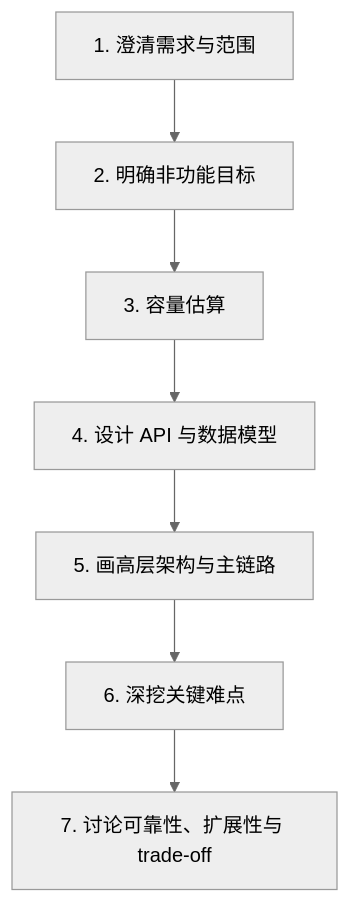
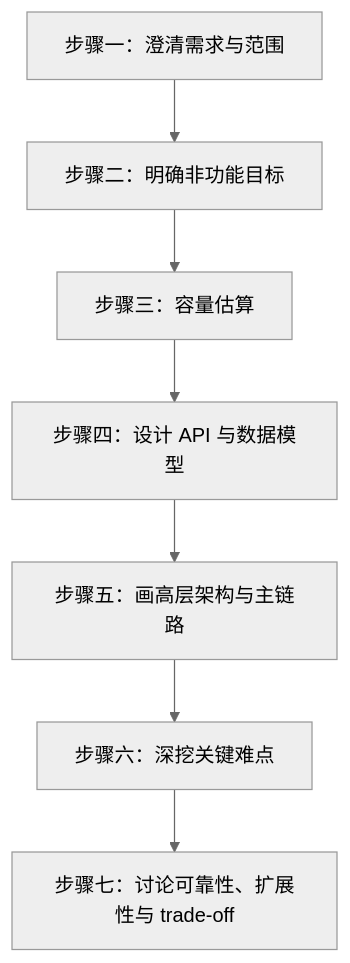
Before and after one commit to qxq1997/learning_stuff: the first of 2 diagrams in 系统设计/01_系统设计面试全景与答题框架.md, drawn with Mermaid (neutral theme). The commit also changed other lines of this file and 37 other files, not shown here.

````diff
--- a/系统设计/01_系统设计面试全景与答题框架.md
+++ b/系统设计/01_系统设计面试全景与答题框架.md
@@ -53,9 +53,9 @@
 ```mermaid
 flowchart TD
-    A["1. 澄清需求与范围"] --> B["2. 明确非功能目标"]
-    B --> C["3. 容量估算"]
-    C --> D["4. 设计 API 与数据模型"]
-    D --> E["5. 画高层架构与主链路"]
-    E --> F["6. 深挖关键难点"]
-    F --> G["7. 讨论可靠性、扩展性与 trade-off"]
+    A["步骤一：澄清需求与范围"] --> B["步骤二：明确非功能目标"]
+    B --> C["步骤三：容量估算"]
+    C --> D["步骤四：设计 API 与数据模型"]
+    D --> E["步骤五：画高层架构与主链路"]
+    E --> F["步骤六：深挖关键难点"]
+    F --> G["步骤七：讨论可靠性、扩展性与 trade-off"]
 ```
````
